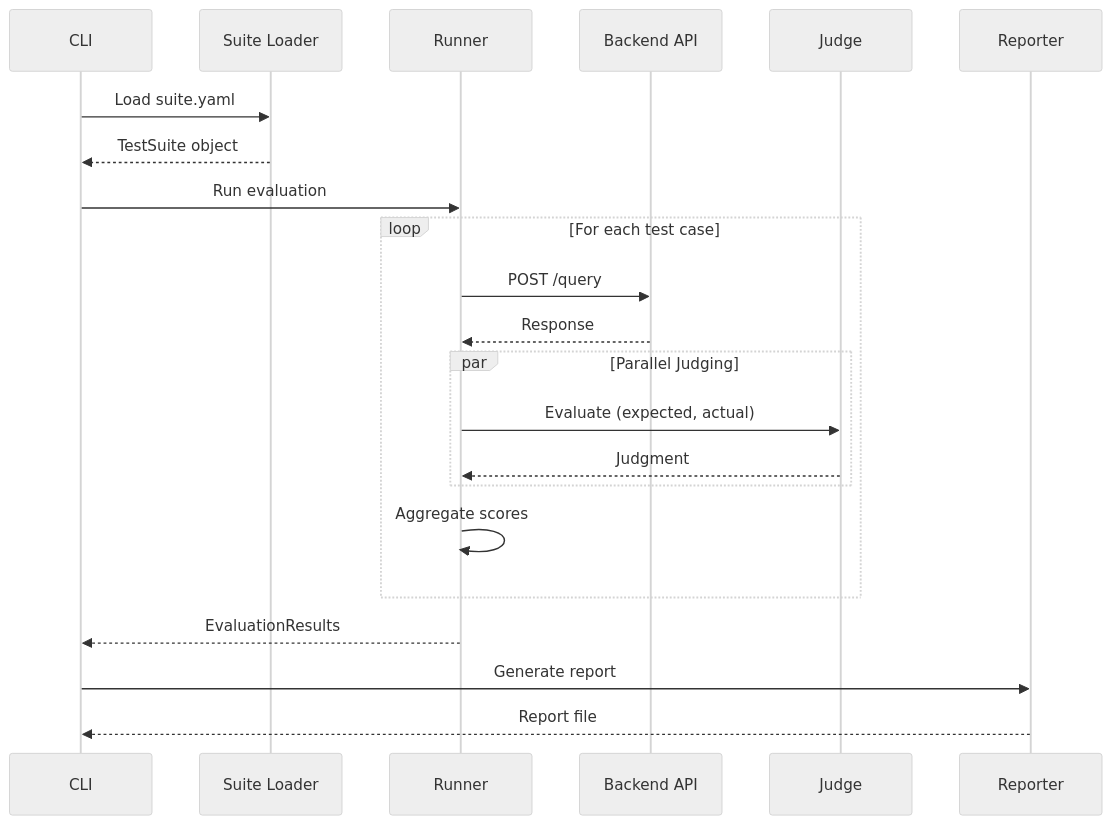
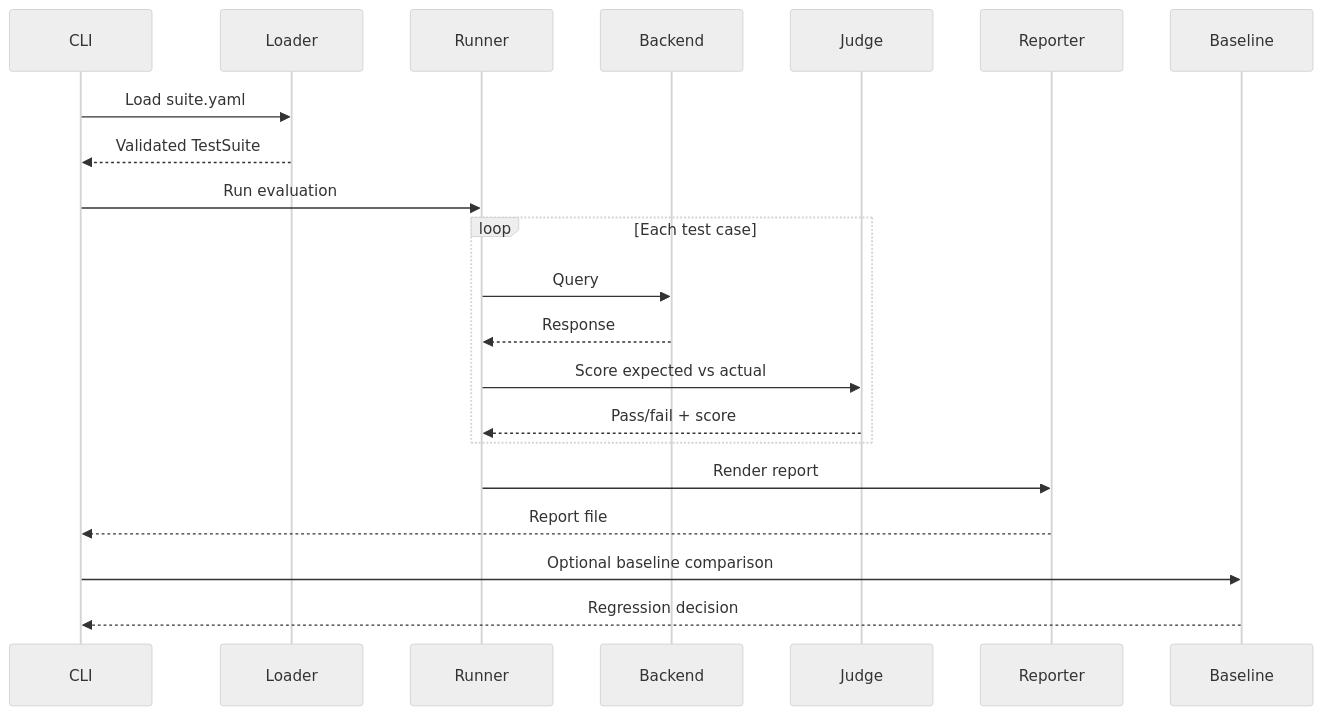
The third of 3 diagrams in docs/architecture/c4.md (FishRaposo/evalforge), drawn with Mermaid (neutral theme) before and after one commit. The commit also changed other lines of this file and 50 other files, not shown here.

````diff
--- a/docs/architecture/c4.md
+++ b/docs/architecture/c4.md
@@ -83,30 +51,24 @@
 ```mermaid
 sequenceDiagram
-    participant CLI as CLI
-    participant Loader as Suite Loader
-    participant Runner as Runner
-    participant Backend as Backend API
-    participant Judge as Judge
-    participant Reporter as Reporter
+    participant CLI
+    participant Loader
+    participant Runner
+    participant Backend
+    participant Judge
+    participant Reporter
+    participant Baseline
 
     CLI->>Loader: Load suite.yaml
-    Loader-->>CLI: TestSuite object
-
+    Loader-->>CLI: Validated TestSuite
     CLI->>Runner: Run evaluation
-
-    loop For each test case
-        Runner->>Backend: POST /query
+    loop Each test case
+        Runner->>Backend: Query
         Backend-->>Runner: Response
-
-        par Parallel Judging
-            Runner->>Judge: Evaluate (expected, actual)
-            Judge-->>Runner: Judgment
-        end
-
-        Runner->>Runner: Aggregate scores
+        Runner->>Judge: Score expected vs actual
+        Judge-->>Runner: Pass/fail + score
     end
-
-    Runner-->>CLI: EvaluationResults
-    CLI->>Reporter: Generate report
+    Runner->>Reporter: Render report
     Reporter-->>CLI: Report file
+    CLI->>Baseline: Optional baseline comparison
+    Baseline-->>CLI: Regression decision
 ```
````
